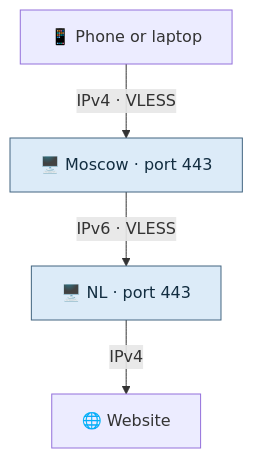
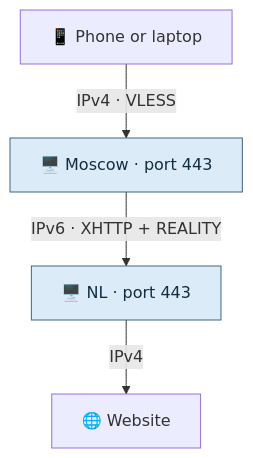
One commit to Vokerlee/VPN-Proxy-in-Russia changed the first of 3 diagrams in docs/schemes/README.md. Above: the diagram before and after it, drawn with Mermaid. The commit also changed other lines of this file and 17 other files, not shown here.

````diff
--- a/docs/schemes/README.md
+++ b/docs/schemes/README.md
@@ -7,12 +7,12 @@
 ```mermaid
 flowchart TB
     device["📱 Phone or laptop"]
     hub["🖥️ Moscow · port 443"]
     nl["🖥️ NL · port 443"]
     web["🌐 Website"]
     device -->|"IPv4 · VLESS"| hub
-    hub -->|"IPv6 · VLESS"| nl
+    hub -->|"IPv6 · XHTTP + REALITY"| nl
     nl -->|"IPv4"| web
     classDef server fill:#dcebf8,stroke:#436580,color:#122d40
     class hub,nl server
 ```
````
